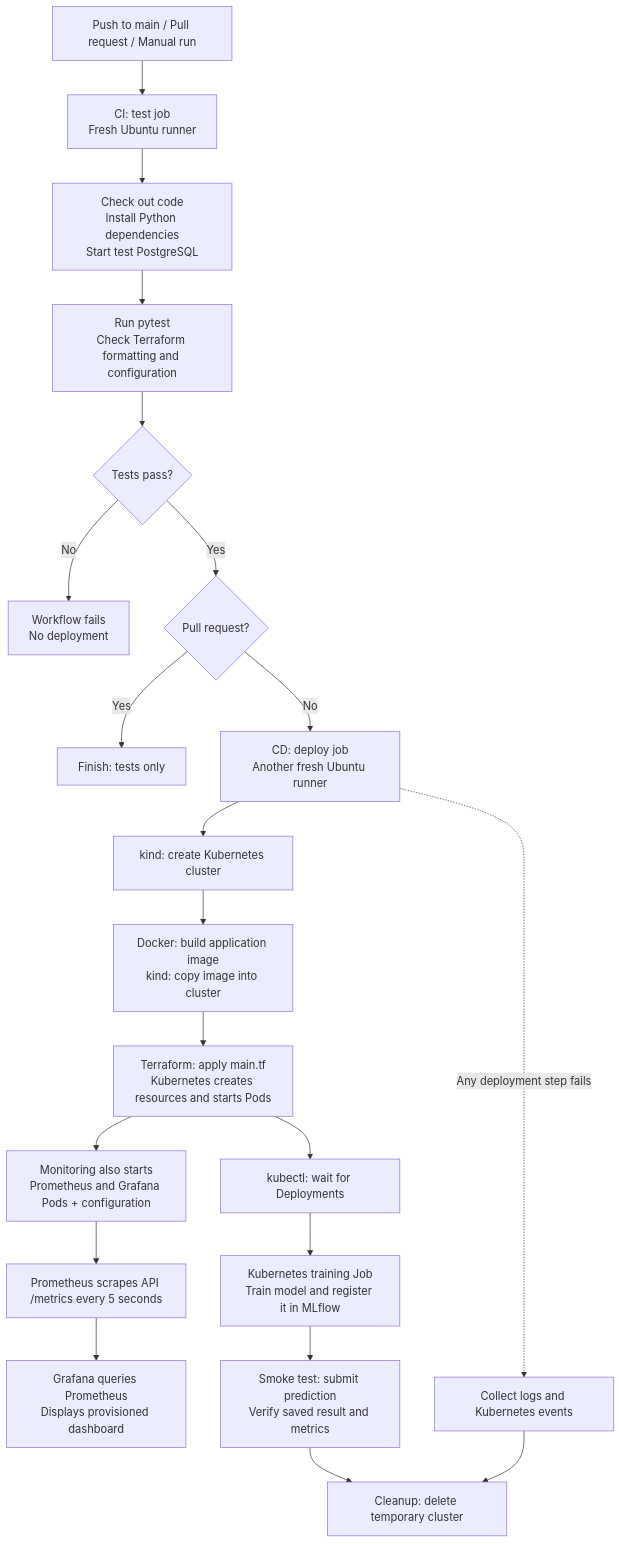
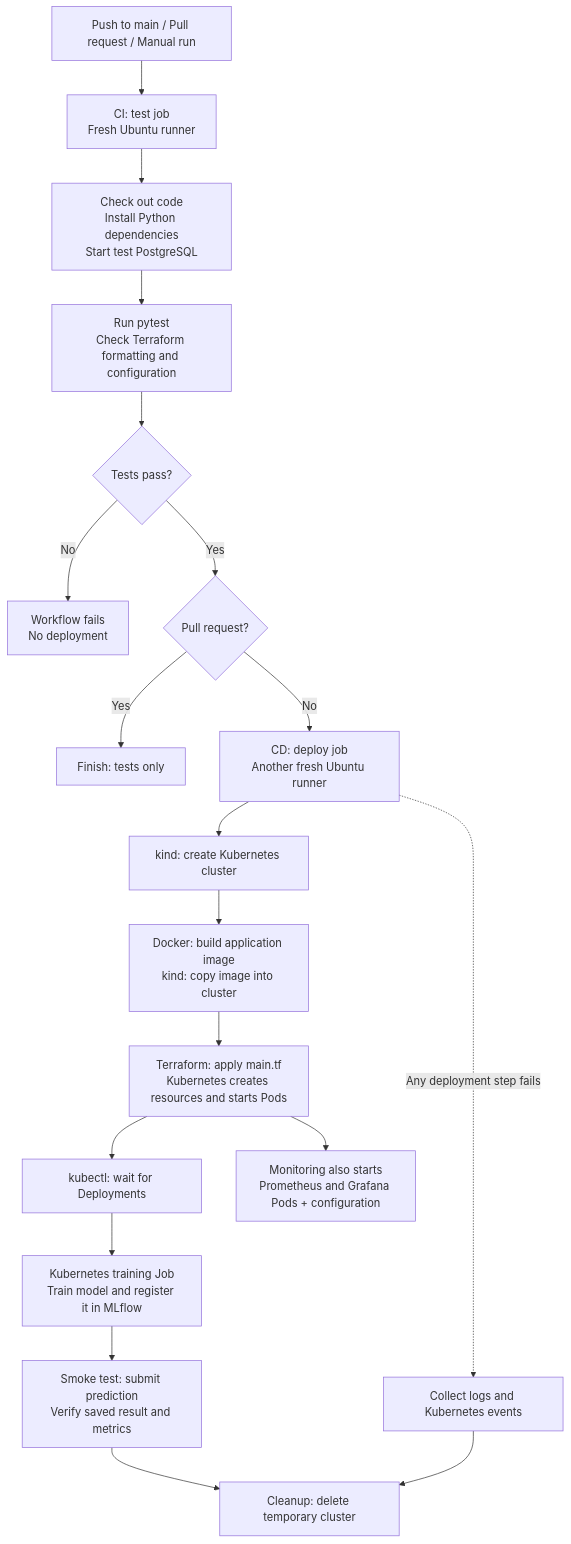
The diagram in docs/CI-CD-WALKTHROUGH.md (jimwangllm-agentic/mini-mlops), drawn with Mermaid before and after one commit. The commit also changed other lines of this file and 1 other file, not shown here.

````diff
--- a/docs/CI-CD-WALKTHROUGH.md
+++ b/docs/CI-CD-WALKTHROUGH.md
@@ -13,23 +13,21 @@
 ```mermaid
 flowchart TD
     A["Push to main / Pull request / Manual run"] --> B["CI: test job<br/>Fresh Ubuntu runner"]
     B --> C["Check out code<br/>Install Python dependencies<br/>Start test PostgreSQL"]
     C --> D["Run pytest<br/>Check Terraform formatting and configuration"]
     D --> E{"Tests pass?"}
     E -->|No| F["Workflow fails<br/>No deployment"]
     E -->|Yes| G{"Pull request?"}
     G -->|Yes| H["Finish: tests only"]
     G -->|No| I["CD: deploy job<br/>Another fresh Ubuntu runner"]
     I --> J["kind: create Kubernetes cluster"]
     J --> K["Docker: build application image<br/>kind: copy image into cluster"]
     K --> L["Terraform: apply main.tf<br/>Kubernetes creates resources and starts Pods"]
     L --> M["kubectl: wait for Deployments"]
     L --> R["Monitoring also starts<br/>Prometheus and Grafana Pods + configuration"]
-    R --> S["Prometheus scrapes API /metrics every 5 seconds"]
-    S --> T["Grafana queries Prometheus<br/>Displays provisioned dashboard"]
     M --> N["Kubernetes training Job<br/>Train model and register it in MLflow"]
     N --> O["Smoke test: submit prediction<br/>Verify saved result and metrics"]
     O --> P["Cleanup: delete temporary cluster"]
     I -. "Any deployment step fails" .-> Q["Collect logs and Kubernetes events"]
     Q --> P
 ```
````
